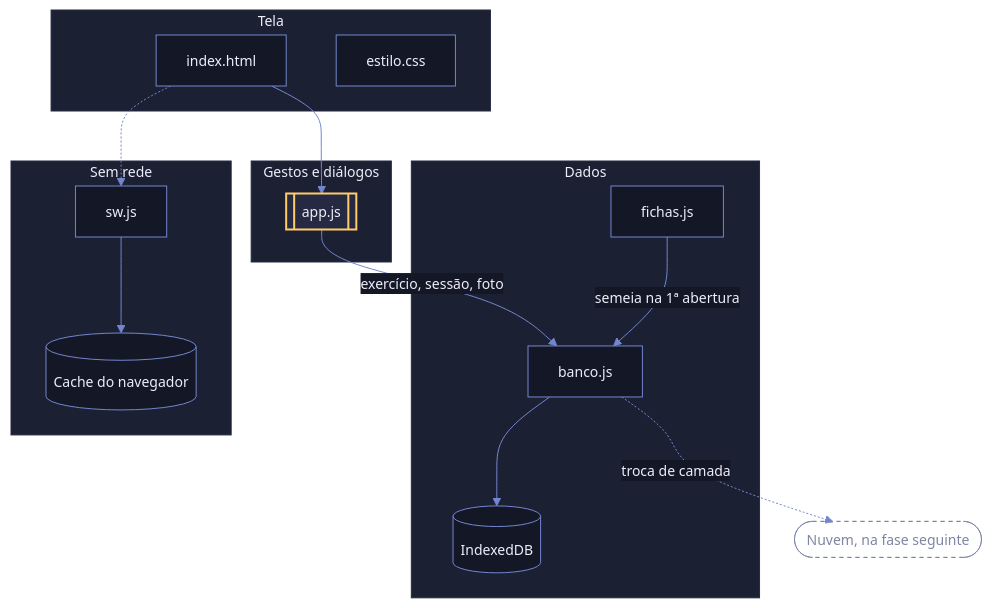
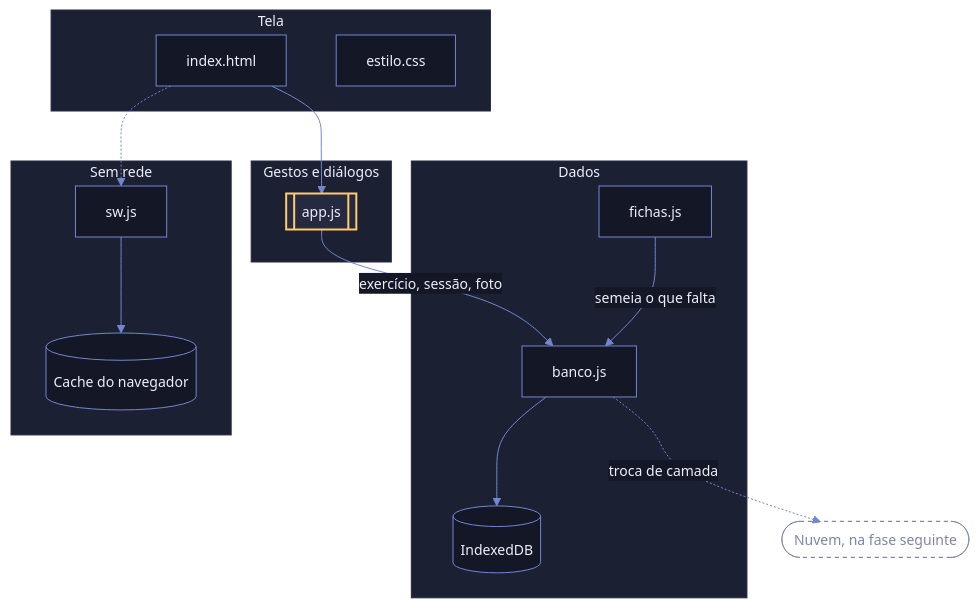
The first of 3 diagrams in README.md (v-amorim/academia), drawn with Mermaid before and after one commit. The commit also changed other lines of this file and 9 other files, not shown here.

````diff
--- a/README.md
+++ b/README.md
@@ -18,75 +18,75 @@
 ```mermaid
 ---
 config:
   theme: base
   themeVariables:
     darkMode: true
     background: "#0D0E17"
     mainBkg: "#141726"
     primaryColor: "#141726"
     primaryTextColor: "#EEEEFA"
     primaryBorderColor: "#7386d0"
     secondaryColor: "#252A42"
     secondaryTextColor: "#EEEEFA"
     secondaryBorderColor: "#8A9BE0"
     tertiaryColor: "#7386D0"
     tertiaryTextColor: "#EEEEFA"
     tertiaryBorderColor: "#A2B0EA"
     lineColor: "#7386d0"
     textColor: "#EEEEFA"
     titleColor: "#EEEEFA"
     nodeBorder: "#7386d0"
     nodeTextColor: "#EEEEFA"
     clusterBkg: "#1C2033"
     clusterBorder: "#252A42"
     edgeLabelBackground: "#141726"
     noteBkgColor: "#7386D0"
     noteTextColor: "#EEEEFA"
     noteBorderColor: "#7386d0"
     activationBkgColor: "#252A42"
     activationBorderColor: "#ffcb6b"
     arrowheadColor: "#7386d0"
     border1: "#7386d0"
     border2: "#7E86A4"
     errorBkgColor: "#7386D0"
     errorTextColor: "#EEEEFA"
     fontFamily: "Mulish, system-ui, sans-serif"
     fontSize: "14px"
 ---
 flowchart TB
   classDef router fill:#252A42,stroke:#ffcb6b,stroke-width:2px,color:#EEEEFA
   classDef ghost fill:transparent,stroke:#7E86A4,stroke-dasharray:4 4,color:#7E86A4
 
   subgraph tela["Tela"]
     html["`index.html`"]
     css["`estilo.css`"]
   end
 
   subgraph logica["Gestos e diálogos"]
     app[["`app.js`"]]
   end
 
   subgraph dados["Dados"]
     fichas["`fichas.js`"]
     banco["`banco.js`"]
     idb[("`IndexedDB`")]
   end
 
   subgraph offline["Sem rede"]
     sw["`sw.js`"]
     cache[("`Cache do navegador`")]
   end
 
   nuvem(["`Nuvem, na fase seguinte`"])
 
   html --> app
   app -->|"exercício, sessão, foto"| banco
-  fichas -->|"semeia na 1ª abertura"| banco
+  fichas -->|"semeia o que falta"| banco
   banco --> idb
   html -.-> sw
   sw --> cache
   banco -.->|"troca de camada"| nuvem
 
   class app router
   class nuvem ghost
 ```
````
